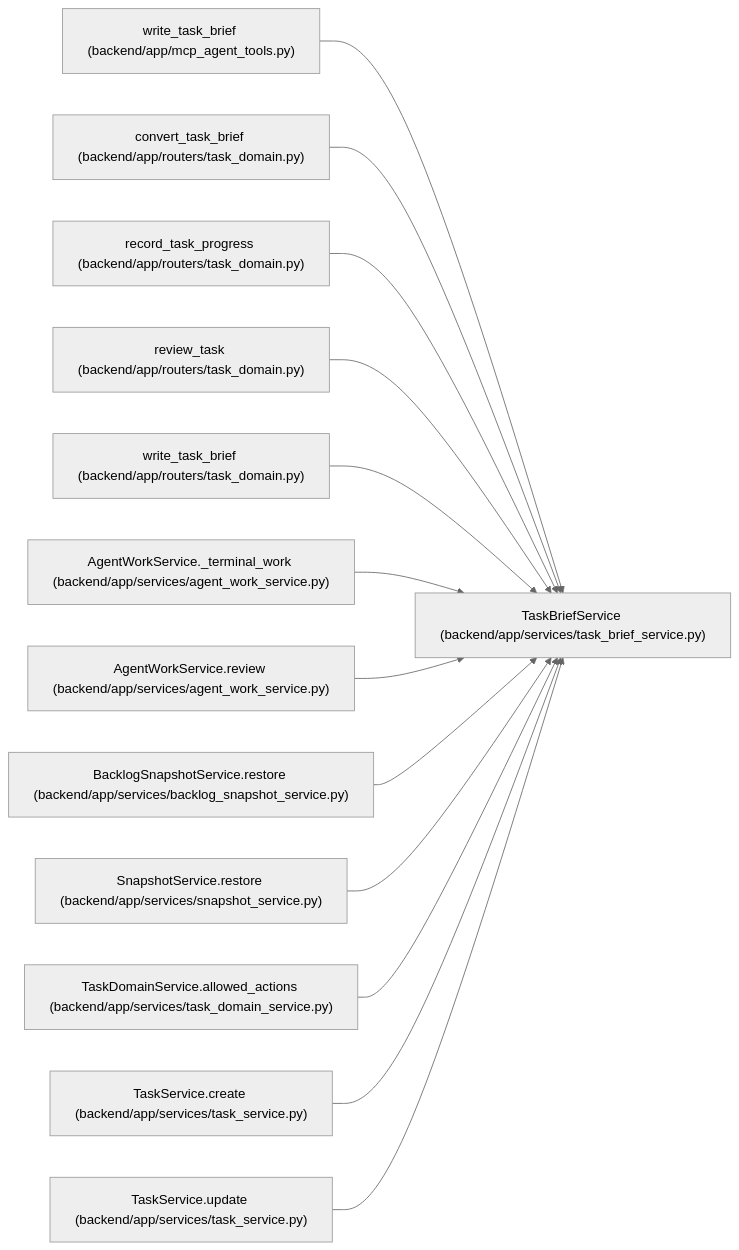
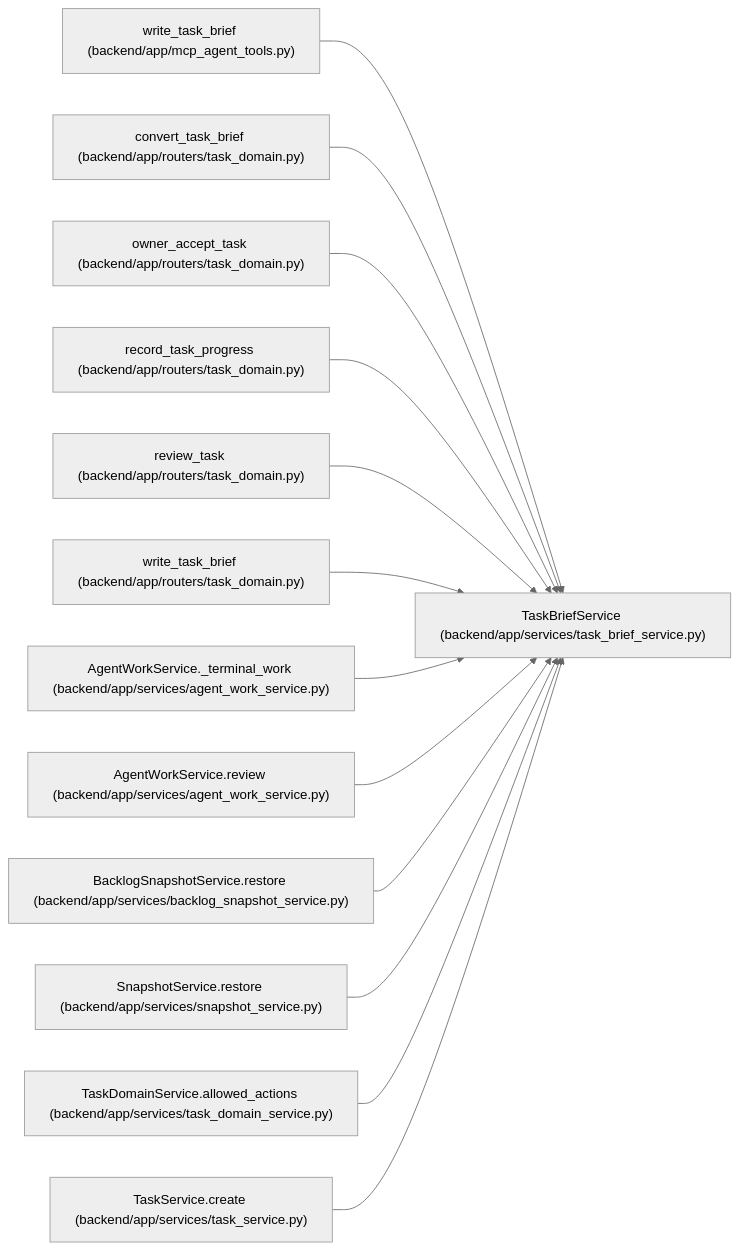
One commit to Denissvgn/WorkChord changed the diagram in docs/llm_wiki/entities/TaskBriefService.md. Above: the diagram before and after it, drawn with Mermaid (neutral theme). The commit also changed other lines of this file and 672 other files, not shown here.

Commit message:
Sync the architectural wiki for owner acceptance under the different-publisher policy

````diff
--- a/docs/llm_wiki/entities/TaskBriefService.md
+++ b/docs/llm_wiki/entities/TaskBriefService.md
@@ -35,41 +37,41 @@
 ```mermaid
 flowchart LR
     n0["TaskBriefService (backend/app/services/task_brief_service.py)"]
     n1["write_task_brief (backend/app/mcp_agent_tools.py)"]
     n2["convert_task_brief (backend/app/routers/task_domain.py)"]
-    n3["record_task_progress (backend/app/routers/task_domain.py)"]
-    n4["review_task (backend/app/routers/task_domain.py)"]
-    n5["write_task_brief (backend/app/routers/task_domain.py)"]
-    n6["AgentWorkService._terminal_work (backend/app/services/agent_work_service.py)"]
-    n7["AgentWorkService.review (backend/app/services/agent_work_service.py)"]
-    n8["BacklogSnapshotService.restore (backend/app/services/backlog_snapshot_service.py)"]
-    n9["SnapshotService.restore (backend/app/services/snapshot_service.py)"]
-    n10["TaskDomainService.allowed_actions (backend/app/services/task_domain_service.py)"]
-    n11["TaskService.create (backend/app/services/task_service.py)"]
-    n12["TaskService.update (backend/app/services/task_service.py)"]
+    n3["owner_accept_task (backend/app/routers/task_domain.py)"]
+    n4["record_task_progress (backend/app/routers/task_domain.py)"]
+    n5["review_task (backend/app/routers/task_domain.py)"]
+    n6["write_task_brief (backend/app/routers/task_domain.py)"]
+    n7["AgentWorkService._terminal_work (backend/app/services/agent_work_service.py)"]
+    n8["AgentWorkService.review (backend/app/services/agent_work_service.py)"]
+    n9["BacklogSnapshotService.restore (backend/app/services/backlog_snapshot_service.py)"]
+    n10["SnapshotService.restore (backend/app/services/snapshot_service.py)"]
+    n11["TaskDomainService.allowed_actions (backend/app/services/task_domain_service.py)"]
+    n12["TaskService.create (backend/app/services/task_service.py)"]
     n1 --> n0
     n2 --> n0
     n3 --> n0
     n4 --> n0
     n5 --> n0
     n6 --> n0
     n7 --> n0
     n8 --> n0
     n9 --> n0
     n10 --> n0
     n11 --> n0
     n12 --> n0
     click n0 "../modules/task_brief_service.md"
     click n1 "../modules/mcp_agent_tools.md"
     click n2 "../modules/routers_task_domain.md"
     click n3 "../modules/routers_task_domain.md"
     click n4 "../modules/routers_task_domain.md"
     click n5 "../modules/routers_task_domain.md"
-    click n6 "../modules/agent_work_service.md"
+    click n6 "../modules/routers_task_domain.md"
     click n7 "../modules/agent_work_service.md"
-    click n8 "../modules/backlog_snapshot_service.md"
-    click n9 "../modules/snapshot_service.md"
-    click n10 "../modules/task_domain_service.md"
-    click n11 "../modules/task_service.md"
+    click n8 "../modules/agent_work_service.md"
+    click n9 "../modules/backlog_snapshot_service.md"
+    click n10 "../modules/snapshot_service.md"
+    click n11 "../modules/task_domain_service.md"
     click n12 "../modules/task_service.md"
 ```
````
